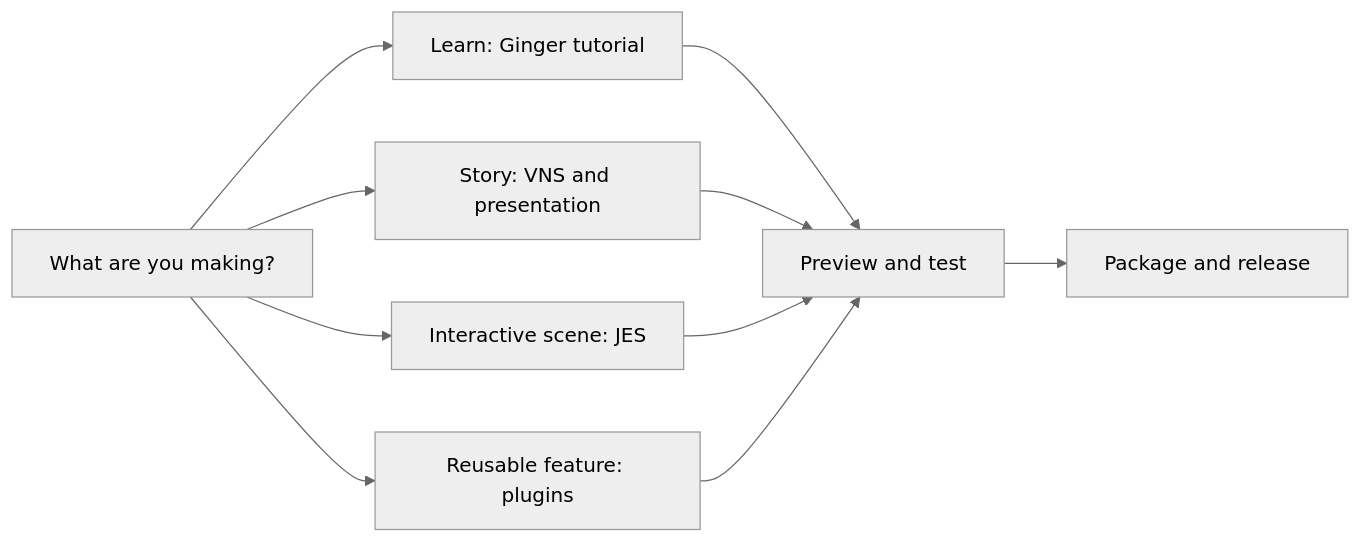
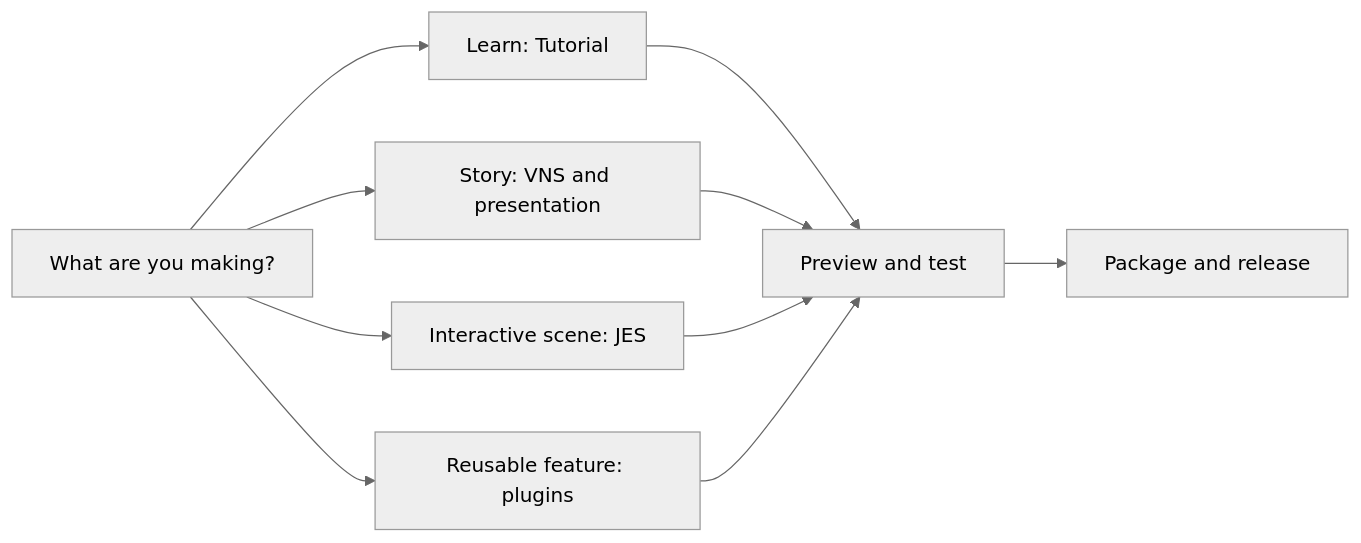
One commit to S1mplector/Java-Vector-Nexus changed the diagram in docs/README.md. Above: the diagram before and after it, drawn with Mermaid (neutral theme). The commit also changed other lines of this file and 103 other files, not shown here.

````diff
--- a/docs/README.md
+++ b/docs/README.md
@@ -6,14 +6,14 @@
 ```mermaid
 flowchart LR
   accTitle: Find the right JVN documentation
   accDescr: New authors follow the workshop, project work uses editor and scripting guides, and reusable features use the plugin API. All paths lead to runtime testing and release.
-  Start["What are you making?"] --> Learn["Learn: Ginger tutorial"]
+  Start["What are you making?"] --> Learn["Learn: Tutorial"]
   Start --> Story["Story: VNS and presentation"]
   Start --> World["Interactive scene: JES"]
   Start --> Tool["Reusable feature: plugins"]
   Learn --> Test["Preview and test"]
   Story --> Test
   World --> Test
   Tool --> Test
   Test --> Ship["Package and release"]
 ```
````
